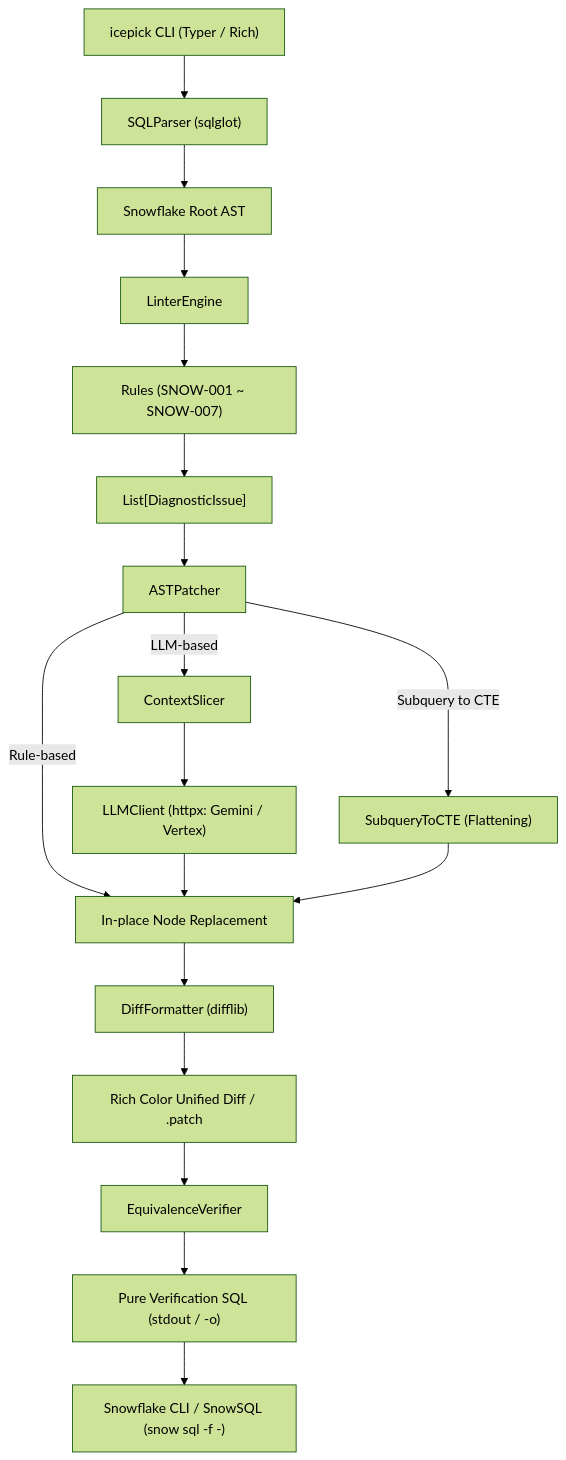
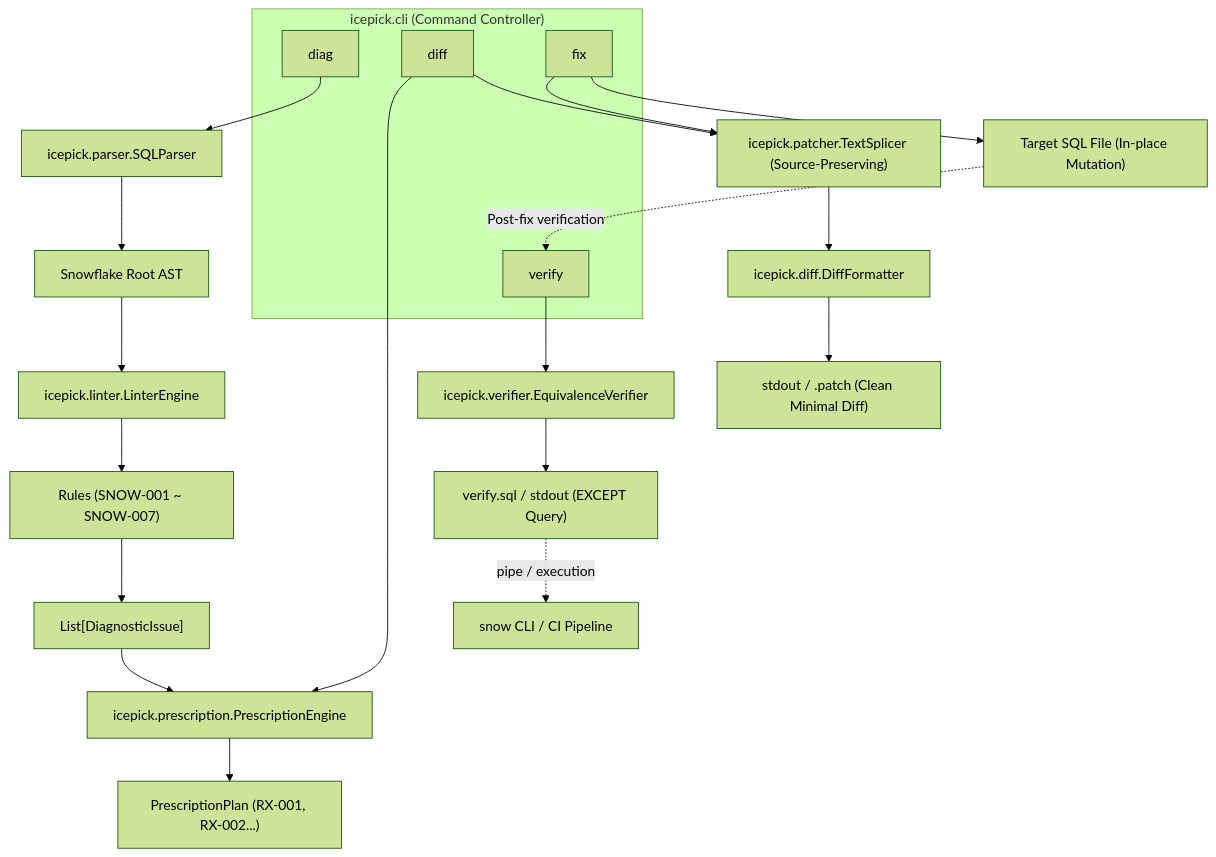
One commit to snaga/icepick changed the diagram in README.md. Above: the diagram before and after it, drawn with Mermaid (forest theme). The commit also changed other lines of this file, not shown here.

First line of the commit message:
docs(readme): standardize on prescription pipeline and complete Phase 22 (task-22-3)

````diff
--- a/README.md
+++ b/README.md
@@ -65,20 +65,30 @@
 ```mermaid
 flowchart TD
-    CLI["icepick CLI (Typer / Rich)"] --> Parser["SQLParser (sqlglot)"]
+    subgraph CLI ["icepick.cli (Command Controller)"]
+        CmdDiag["diag"]
+        CmdDiff["diff"]
+        CmdFix["fix"]
+        CmdVerify["verify"]
+    end
+
+    CmdDiag --> Parser["icepick.parser.SQLParser"]
     Parser --> AST["Snowflake Root AST"]
-    AST --> Linter["LinterEngine"]
+    AST --> Linter["icepick.linter.LinterEngine"]
     Linter --> Rules["Rules (SNOW-001 ~ SNOW-007)"]
     Rules --> Issues["List[DiagnosticIssue]"]
-    Issues --> Patcher["ASTPatcher"]
-    Patcher -->|Rule-based| InPlace["In-place Node Replacement"]
-    Patcher -->|Subquery to CTE| CTEExt["SubqueryToCTE (Flattening)"]
-    Patcher -->|LLM-based| Slicer["ContextSlicer"]
-    Slicer --> LLMClient["LLMClient (httpx: Gemini / Vertex)"]
-    LLMClient --> InPlace
-    CTEExt --> InPlace
-    InPlace --> Diff["DiffFormatter (difflib)"]
-    Diff --> Terminal["Rich Color Unified Diff / .patch"]
-    Terminal --> Verifier["EquivalenceVerifier"]
-    Verifier --> SQL["Pure Verification SQL (stdout / -o)"]
-    SQL --> DB["Snowflake CLI / SnowSQL (snow sql -f -)"]
+    Issues --> RxEngine["icepick.prescription.PrescriptionEngine"]
+    RxEngine --> Plan["PrescriptionPlan (RX-001, RX-002...)"]
+
+    CmdDiff --> RxEngine
+    CmdDiff --> Splicer["icepick.patcher.TextSplicer (Source-Preserving)"]
+    Splicer --> Diff["icepick.diff.DiffFormatter"]
+    Diff --> Stdout["stdout / .patch (Clean Minimal Diff)"]
+
+    CmdFix --> Splicer
+    CmdFix --> TargetFile["Target SQL File (In-place Mutation)"]
+
+    CmdVerify --> Verifier["icepick.verifier.EquivalenceVerifier"]
+    TargetFile -.->|Post-fix verification| CmdVerify
+    Verifier --> VerifySQL["verify.sql / stdout (EXCEPT Query)"]
+    VerifySQL -.->|pipe / execution| SnowCLI["snow CLI / CI Pipeline"]
 ```
````
